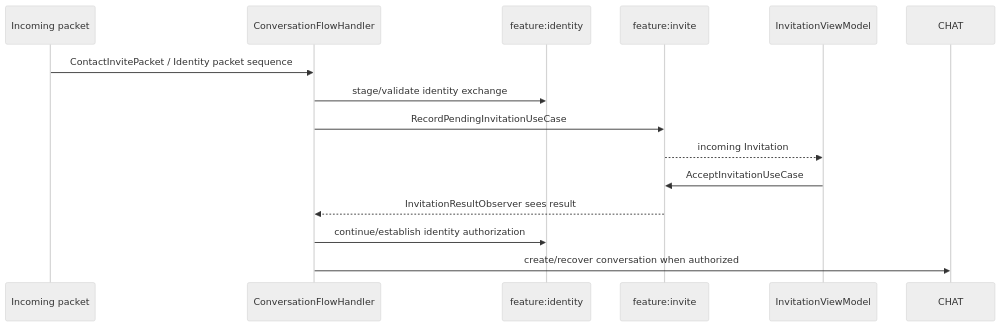
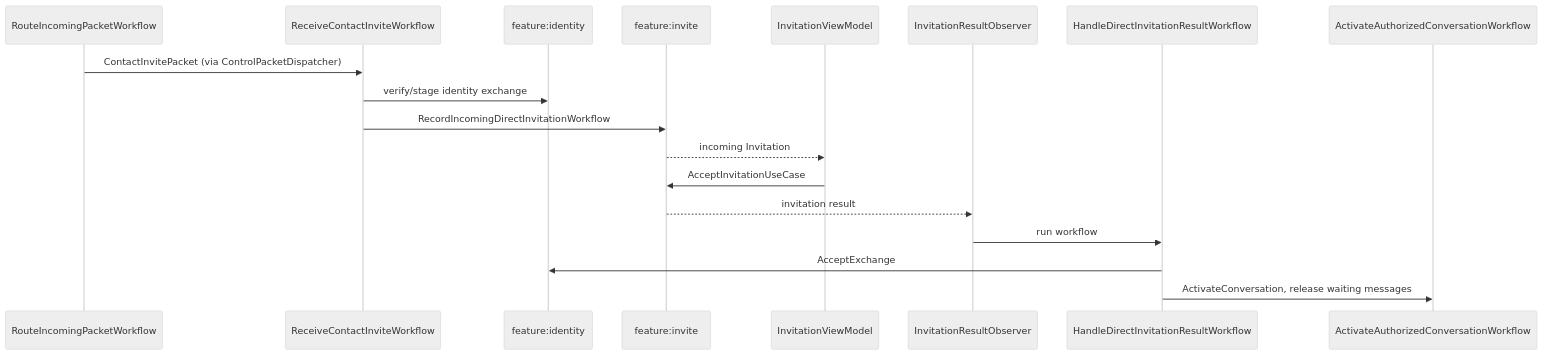
One commit to cbgm/Sparrow changed the first of 2 diagrams in docs/features/invitations.md. Above: the diagram before and after it, drawn with Mermaid (neutral theme). The commit also changed other lines of this file and 1098 other files, not shown here.

````diff
--- a/docs/features/invitations.md
+++ b/docs/features/invitations.md
@@ -67,17 +67,21 @@
 ```mermaid
 sequenceDiagram
-    participant NET as Incoming packet
-    participant FLOW as ConversationFlowHandler
+    participant NET as RouteIncomingPacketWorkflow
+    participant RECV as ReceiveContactInviteWorkflow
     participant ID as feature:identity
     participant INV as feature:invite
     participant UI as InvitationViewModel
+    participant OBS as InvitationResultObserver
+    participant RES as HandleDirectInvitationResultWorkflow
+    participant CHAT as ActivateAuthorizedConversationWorkflow
 
-    NET->>FLOW: ContactInvitePacket / Identity packet sequence
-    FLOW->>ID: stage/validate identity exchange
-    FLOW->>INV: RecordPendingInvitationUseCase
+    NET->>RECV: ContactInvitePacket (via ControlPacketDispatcher)
+    RECV->>ID: verify/stage identity exchange
+    RECV->>INV: RecordIncomingDirectInvitationWorkflow
     INV-->>UI: incoming Invitation
     UI->>INV: AcceptInvitationUseCase
-    INV-->>FLOW: InvitationResultObserver sees result
-    FLOW->>ID: continue/establish identity authorization
-    FLOW->>CHAT: create/recover conversation when authorized
+    INV-->>OBS: invitation result
+    OBS->>RES: run workflow
+    RES->>ID: AcceptExchange
+    RES->>CHAT: ActivateConversation, release waiting messages
 ```
````
